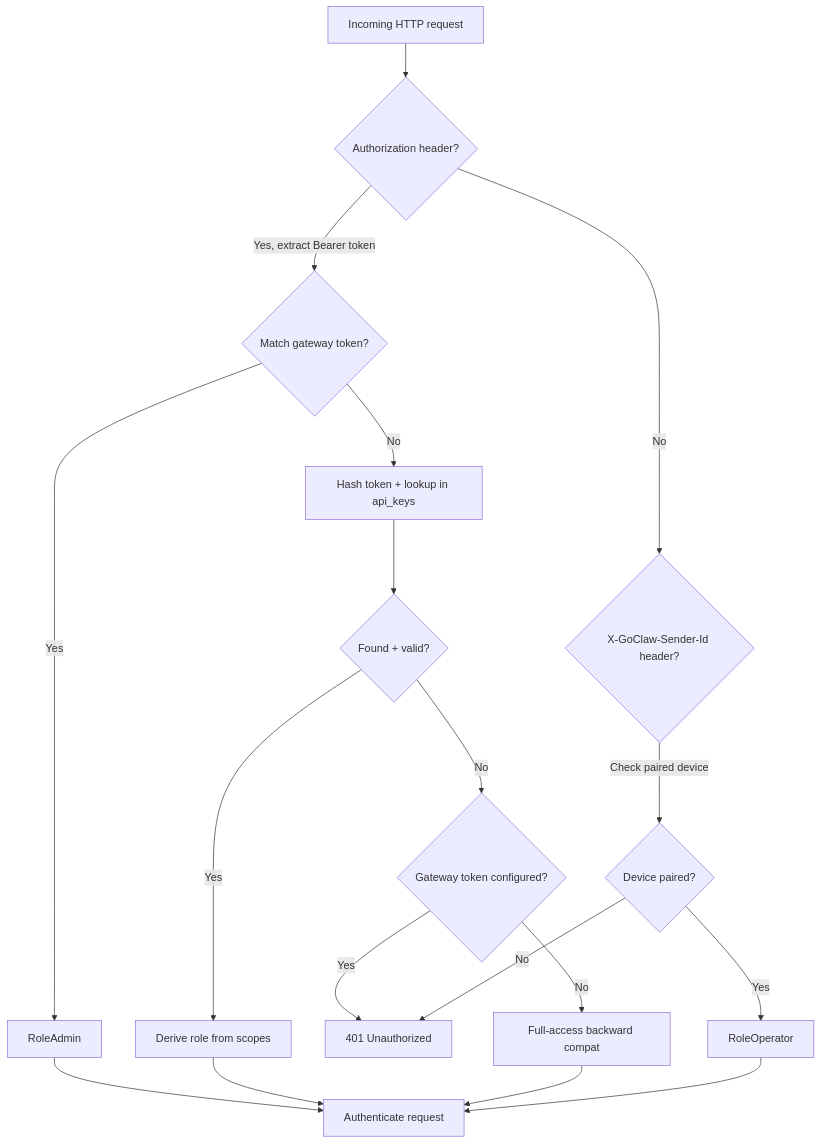
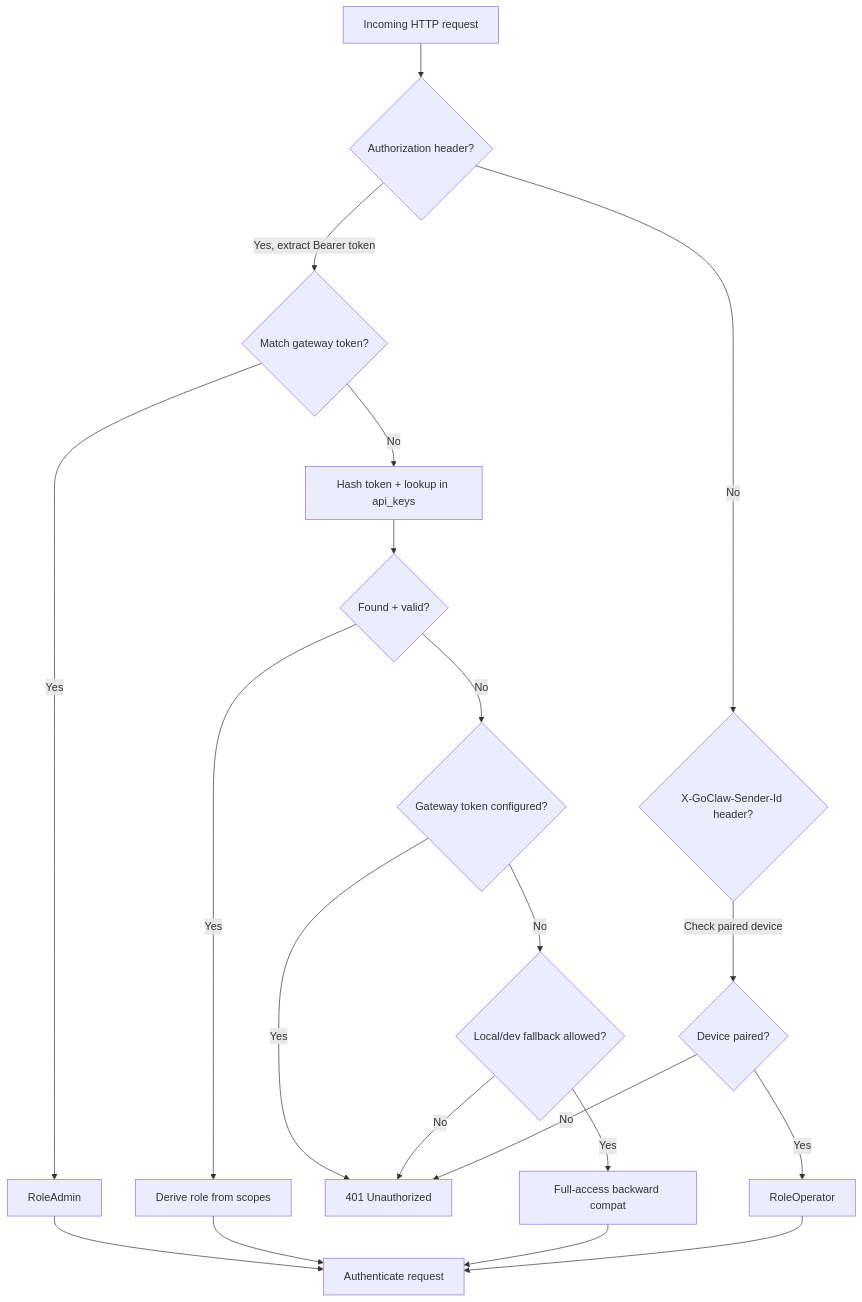
One commit to qkhalk/goclaw changed the diagram in docs/20-api-keys-auth.md. Above: the diagram before and after it, drawn with Mermaid. The commit also changed other lines of this file and 58 other files, not shown here.

````diff
--- a/docs/20-api-keys-auth.md
+++ b/docs/20-api-keys-auth.md
@@ -108,20 +117,22 @@
 ```mermaid
 flowchart TD
     A[Incoming HTTP request] --> B{Authorization header?}
     B -->|No| C{X-GoClaw-Sender-Id header?}
     B -->|Yes, extract Bearer token| D{Match gateway token?}
     D -->|Yes| E[RoleAdmin]
     D -->|No| F[Hash token + lookup in api_keys]
     F --> G{Found + valid?}
     G -->|Yes| H[Derive role from scopes]
     G -->|No| I{Gateway token configured?}
     I -->|Yes| J[401 Unauthorized]
-    I -->|No| K[Full-access backward compat]
+    I -->|No| K{Local/dev fallback allowed?}
+    K -->|No| J
+    K -->|Yes| O[Full-access backward compat]
     C -->|Check paired device| L{Device paired?}
     L -->|Yes| M[RoleOperator]
     L -->|No| J
     E --> N[Authenticate request]
     H --> N
-    K --> N
+    O --> N
     M --> N
 ```
````
